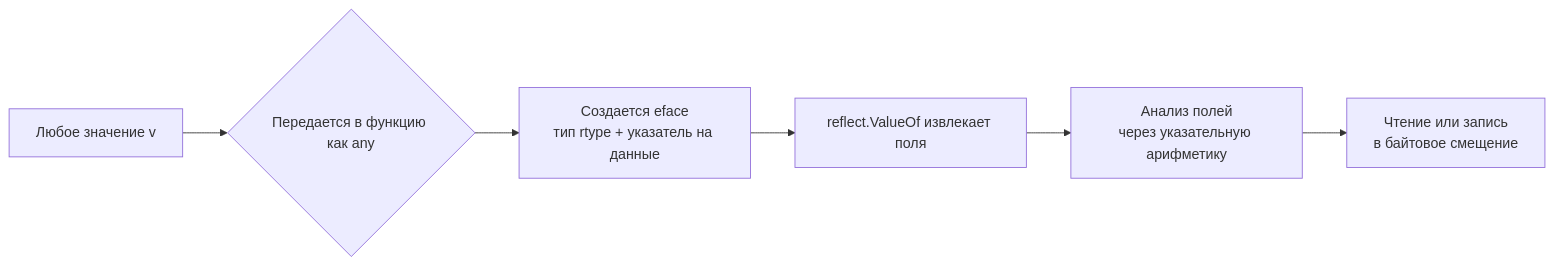
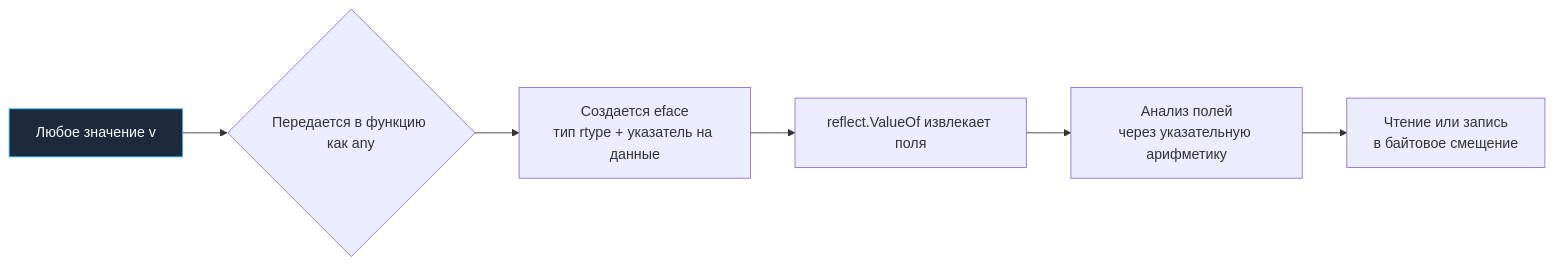
One commit to UnrealTemplier/go-textbook changed the diagram in sources/6. Стандартная библиотека Go/23. reflect. Рефлексия и ее цена.md. Above: the diagram before and after it, drawn with Mermaid. The commit also changed 1666 other files, not shown here.

First line of the commit message:
feat(mermaid): add semantic color classDef to 1369 colorless flowchart/graph diagrams

````diff
--- a/sources/6. Стандартная библиотека Go/23. reflect. Рефлексия и ее цена.md
+++ b/sources/6. Стандартная библиотека Go/23. reflect. Рефлексия и ее цена.md
@@ -14,8 +14,18 @@
 ```mermaid
 flowchart LR
-    A["Любое значение v"] --> B{"Передается в функцию как any"}
+    classDef process  fill:#1e293b,stroke:#38bdf8,stroke-width:1px,color:#f8fafc
+    classDef success  fill:#064e3b,stroke:#34d399,stroke-width:1px,color:#f8fafc
+    classDef error    fill:#7f1d1d,stroke:#f87171,stroke-width:1px,color:#f8fafc
+    classDef warning  fill:#78350f,stroke:#fbbf24,stroke-width:1px,color:#f8fafc
+    classDef entry    fill:#1e3a5f,stroke:#38bdf8,stroke-width:2px,color:#f8fafc
+    classDef aux      fill:#334155,stroke:#64748b,stroke-width:1px,color:#f8fafc
+    classDef system   fill:#312e81,stroke:#a78bfa,stroke-width:1px,color:#f8fafc
+    classDef data     fill:#132d29,stroke:#2dd4bf,stroke-width:1px,color:#f8fafc
+    classDef network  fill:#881337,stroke:#fb7185,stroke-width:1px,color:#f8fafc
+    classDef accent   fill:#1e1b4b,stroke:#818cf8,stroke-width:1px,color:#f8fafc
+    A["Любое значение v"]:::process --> B{"Передается в функцию как any"}
     B --> C["Создается eface<br>тип rtype + указатель на данные"]
     C --> D["reflect.ValueOf извлекает поля"]
     D --> E["Анализ полей<br>через указательную арифметику"]
     E --> F["Чтение или запись<br>в байтовое смещение"]
 ```
````
